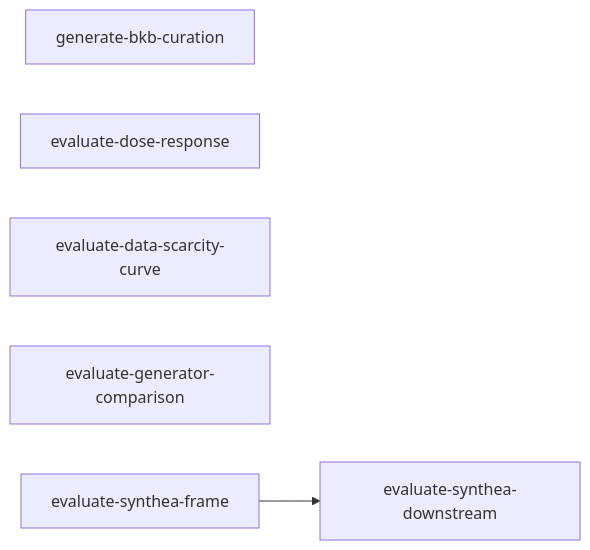
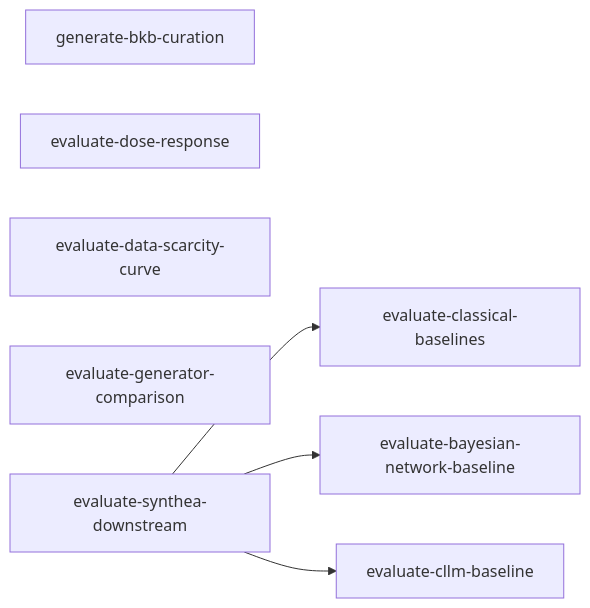
One commit to joe-dartmouth/synthetic changed the diagram in tasks/experiments-index.md. Above: the diagram before and after it, drawn with Mermaid. The commit also changed other lines of this file and 44 other files, not shown here.

First line of the commit message:
Build the Synthea frame and E3's rules (#56)

````diff
--- a/tasks/experiments-index.md
+++ b/tasks/experiments-index.md
@@ -30,8 +37,10 @@
 ```mermaid
 flowchart LR
     bkb_curation[generate-bkb-curation]
     dose_response[evaluate-dose-response]
     scarcity_curve[evaluate-data-scarcity-curve]
     generator_comparison[evaluate-generator-comparison]
-    synthea_frame[evaluate-synthea-frame] --> synthea_downstream[evaluate-synthea-downstream]
+    synthea_downstream[evaluate-synthea-downstream] --> classical_baselines[evaluate-classical-baselines]
+    synthea_downstream --> bn_baseline[evaluate-bayesian-network-baseline]
+    synthea_downstream --> cllm_baseline[evaluate-cllm-baseline]
 ```
````
